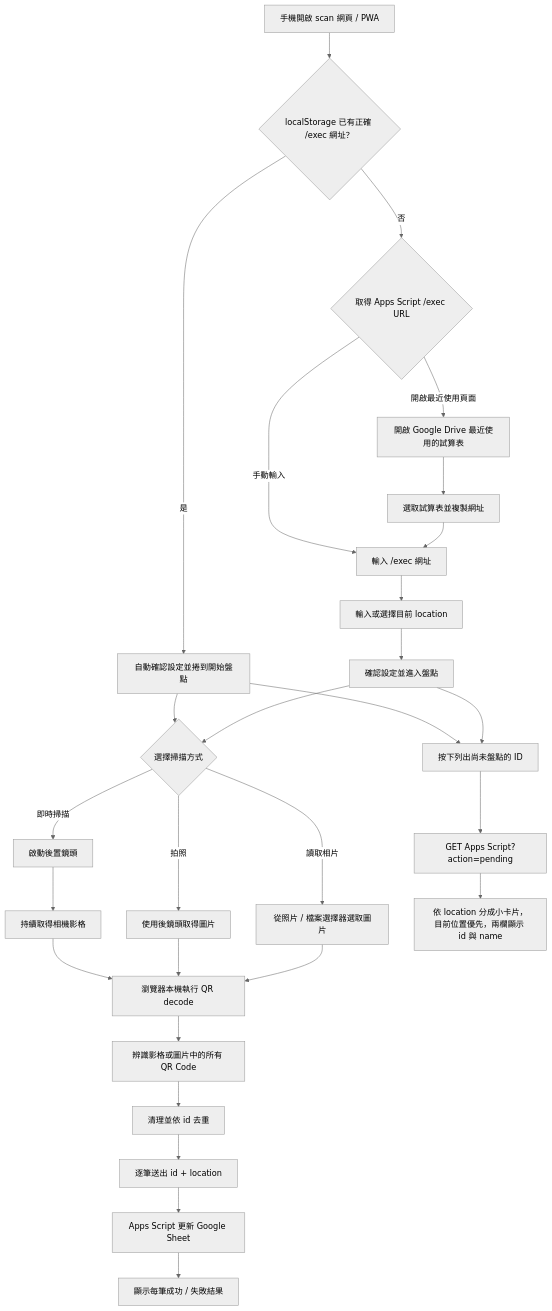
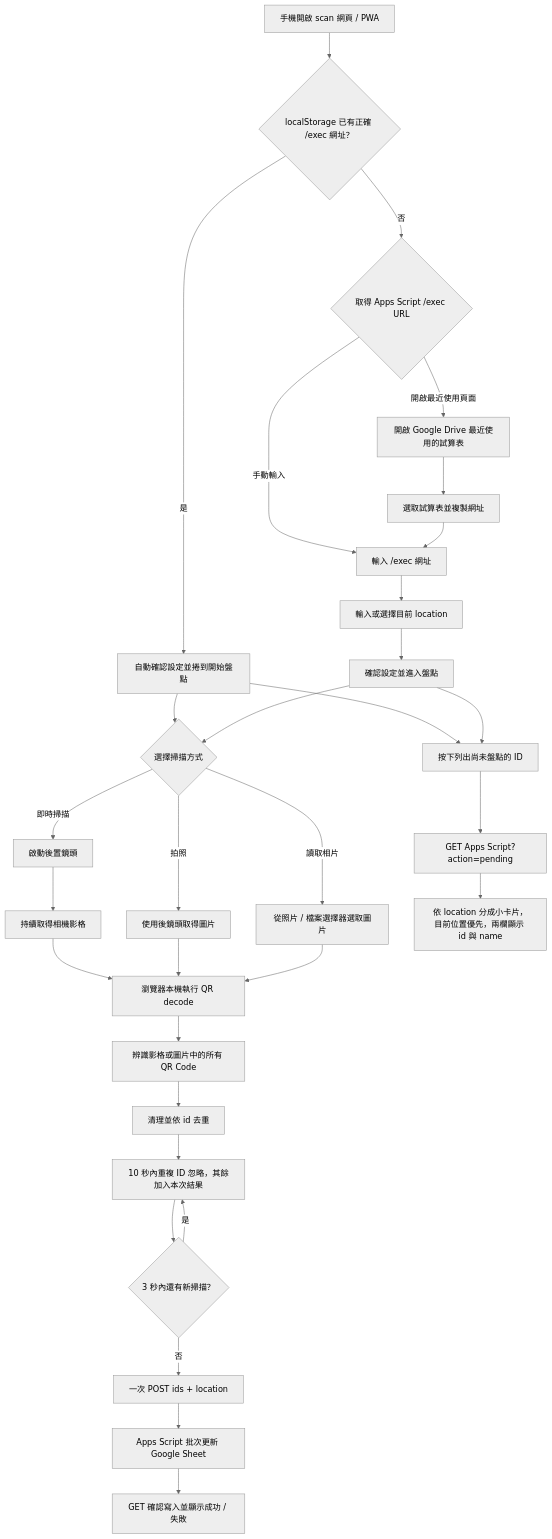
Before and after one commit to pulipulichen/Mobile-Inventory-Scanner: the diagram in scan/README.md, drawn with Mermaid (neutral theme). The commit also changed other lines of this file and 10 other files, not shown here.

````diff
--- a/scan/README.md
+++ b/scan/README.md
@@ -58,30 +58,33 @@
 ```mermaid
 flowchart TD
     A["手機開啟 scan 網頁 / PWA"] --> B{"localStorage 已有正確 /exec 網址？"}
     B -->|"是"| C["自動確認設定並捲到開始盤點"]
     B -->|"否"| D{"取得 Apps Script /exec URL"}
     D -->|"手動輸入"| E["輸入 /exec 網址"]
     D -->|"開啟最近使用頁面"| F["開啟 Google Drive 最近使用的試算表"]
     F --> G["選取試算表並複製網址"]
     G --> E
     E --> H["輸入或選擇目前 location"]
     H --> I["確認設定並進入盤點"]
     C --> J{"選擇掃描方式"}
     I --> J
     J -->|"即時掃描"| K["啟動後置鏡頭"]
     K --> L["持續取得相機影格"]
     J -->|"拍照"| M["使用後鏡頭取得圖片"]
     J -->|"讀取相片"| N["從照片 / 檔案選擇器選取圖片"]
     L --> O["瀏覽器本機執行 QR decode"]
     M --> O
     N --> O
     O --> P["辨識影格或圖片中的所有 QR Code"]
     P --> Q["清理並依 id 去重"]
-    Q --> R["逐筆送出 id + location"]
-    R --> S["Apps Script 更新 Google Sheet"]
-    S --> T["顯示每筆成功 / 失敗結果"]
-    C --> U["按下列出尚未盤點的 ID"]
-    I --> U
-    U --> V["GET Apps Script?action=pending"]
-    V --> W["依 location 分成小卡片，目前位置優先，兩欄顯示 id 與 name"]
+    Q --> R["10 秒內重複 ID 忽略，其餘加入本次結果"]
+    R --> S{"3 秒內還有新掃描？"}
+    S -->|"是"| R
+    S -->|"否"| T["一次 POST ids + location"]
+    T --> U["Apps Script 批次更新 Google Sheet"]
+    U --> V["GET 確認寫入並顯示成功 / 失敗"]
+    C --> W["按下列出尚未盤點的 ID"]
+    I --> W
+    W --> X["GET Apps Script?action=pending"]
+    X --> Y["依 location 分成小卡片，目前位置優先，兩欄顯示 id 與 name"]
 ```
````
